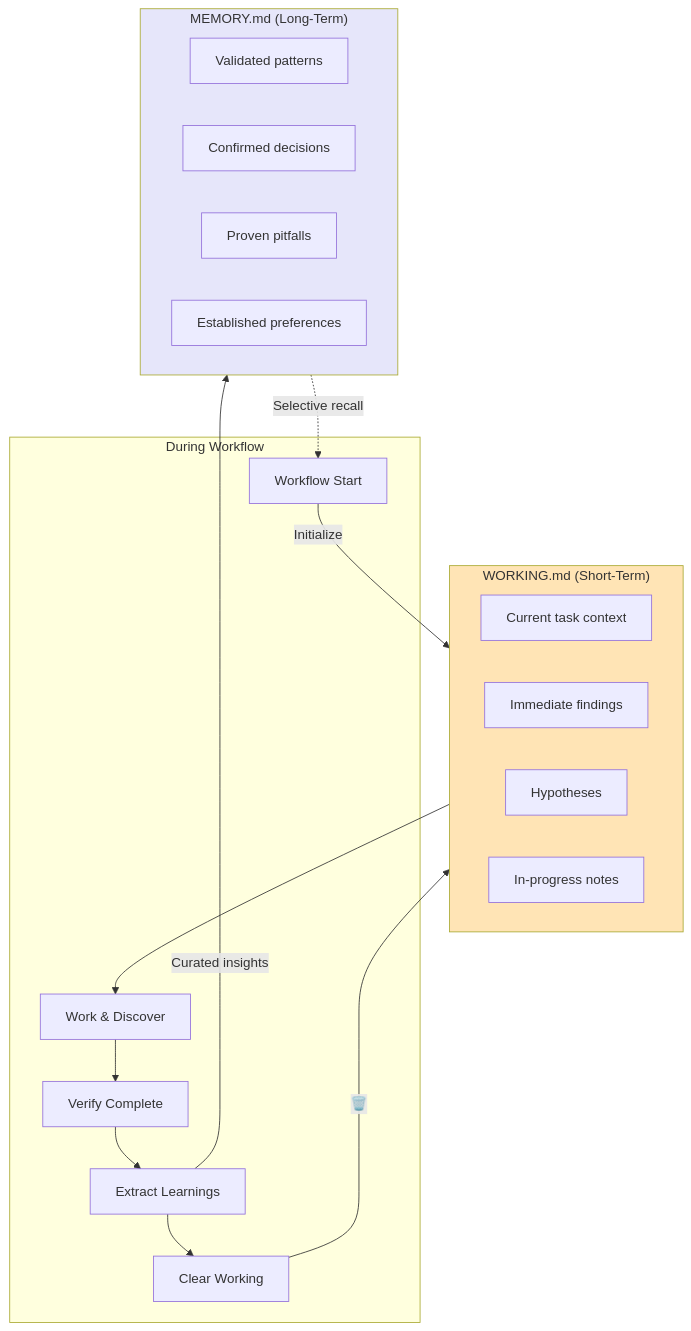
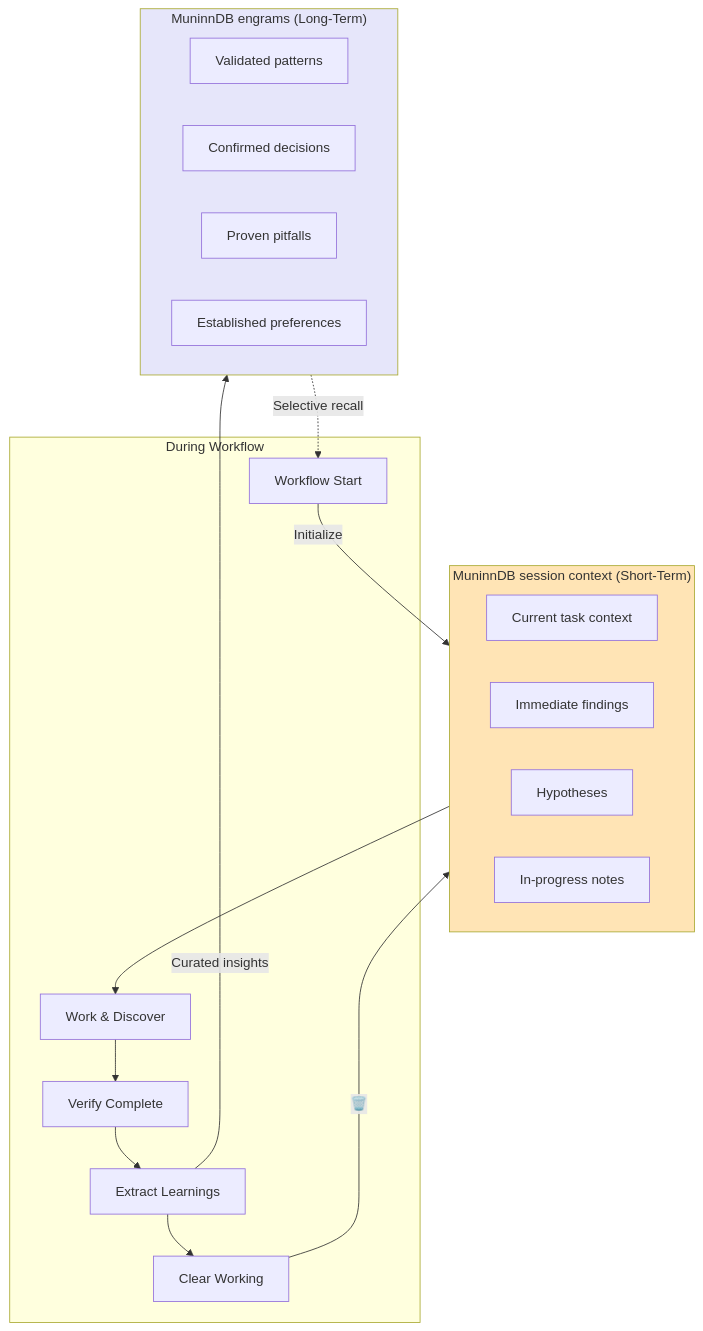
One commit to asibilia/luca-framework changed the ninth of 14 diagrams in docs/agent-framework/luca/diagrams.md. Above: the diagram before and after it, drawn with Mermaid. The commit also changed other lines of this file and 820 other files, not shown here.

````diff
--- a/docs/agent-framework/luca/diagrams.md
+++ b/docs/agent-framework/luca/diagrams.md
@@ -377,35 +377,35 @@
 ```mermaid
 flowchart TB
-    subgraph WorkingMem["WORKING.md (Short-Term)"]
+    subgraph WorkingMem["MuninnDB session context (Short-Term)"]
         W1["Current task context"]
         W2["Immediate findings"]
         W3["Hypotheses"]
         W4["In-progress notes"]
     end
 
-    subgraph LongTermMem["MEMORY.md (Long-Term)"]
+    subgraph LongTermMem["MuninnDB engrams (Long-Term)"]
         L1["Validated patterns"]
         L2["Confirmed decisions"]
         L3["Proven pitfalls"]
         L4["Established preferences"]
     end
 
     subgraph Workflow["During Workflow"]
         START["Workflow Start"]
         WORK["Work & Discover"]
         VERIFY["Verify Complete"]
         EXTRACT["Extract Learnings"]
         CLEAR["Clear Working"]
     end
 
     START -->|"Initialize"| WorkingMem
     LongTermMem -.->|"Selective recall"| START
     WorkingMem --> WORK --> VERIFY
     VERIFY --> EXTRACT
     EXTRACT -->|"Curated insights"| LongTermMem
     EXTRACT --> CLEAR
     CLEAR -->|"🗑️"| WorkingMem
 
     style WorkingMem fill:#FFE4B5
     style LongTermMem fill:#E6E6FA
 ```
````
